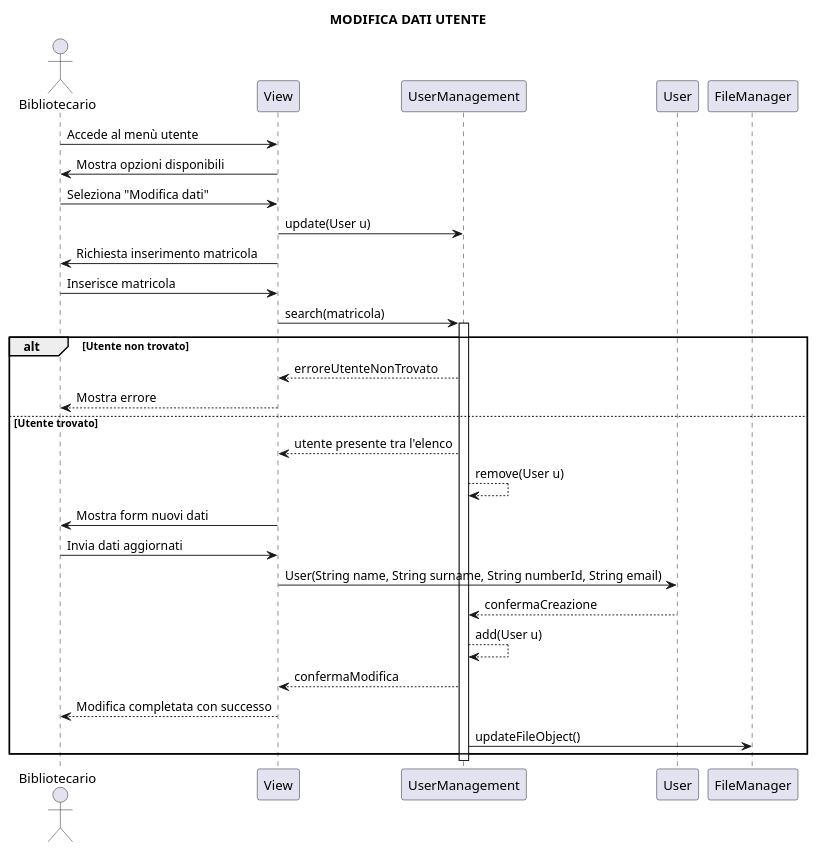
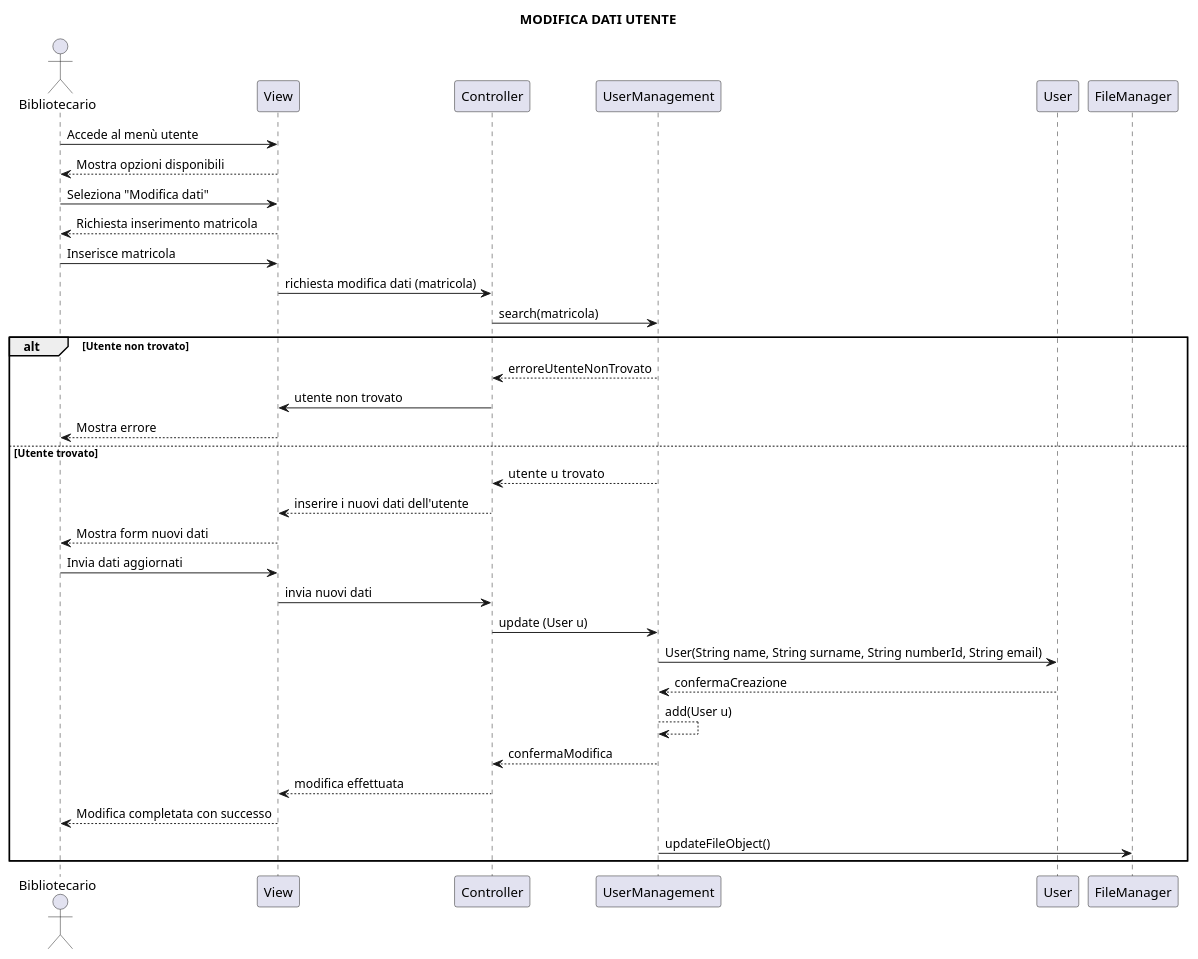
The diagram in gruppo14BibliotecaUniversitaria/uml/ModificaUtente.puml (brunooliva7/Project-Ingegneria-del-Software14), drawn with PlantUML before and after one commit. The commit also changed other lines of this file and 18 other files, not shown here.

```diff
--- a/gruppo14BibliotecaUniversitaria/uml/ModificaUtente.puml
+++ b/gruppo14BibliotecaUniversitaria/uml/ModificaUtente.puml
@@ -1,44 +1,39 @@
 @startuml
 title MODIFICA DATI UTENTE
 
 actor Bibliotecario
 participant View
+participant Controller 
 participant UserManagement
 participant User
 participant FileManager
  
 Bibliotecario -> View: Accede al menù utente
-View -> Bibliotecario: Mostra opzioni disponibili
- 
+View --> Bibliotecario: Mostra opzioni disponibili
 Bibliotecario -> View: Seleziona "Modifica dati"
-View-> UserManagement: update(User u)
- 
-View-> Bibliotecario: Richiesta inserimento matricola
+View --> Bibliotecario: Richiesta inserimento matricola
 Bibliotecario -> View: Inserisce matricola
- 
-View -> UserManagement: search(matricola)
-activate UserManagement
+View -> Controller: richiesta modifica dati (matricola)
+Controller -> UserManagement: search(matricola)
  
 alt Utente non trovato
-	UserManagement --> View: erroreUtenteNonTrovato
-	View --> Bibliotecario: Mostra errore
+    UserManagement --> Controller: erroreUtenteNonTrovato
+    Controller -> View: utente non trovato
+    View --> Bibliotecario: Mostra errore
  
 else Utente trovato
-	UserManagement --> View: utente presente tra l'elenco
-	UserManagement --> UserManagement: remove(User u)
- 
-	View -> Bibliotecario: Mostra form nuovi dati
-	Bibliotecario -> View: Invia dati aggiornati
-	
-	View -> User: User(String name, String surname, String numberId, String email)
-	User --> UserManagement: confermaCreazione
- 
-	UserManagement --> UserManagement: add(User u)
-	UserManagement --> View: confermaModifica
-	View --> Bibliotecario: Modifica completata con successo
-	UserManagement -> FileManager: updateFileObject()
-	deactivate FileManager
- 
+    UserManagement --> Controller: utente  u trovato 
+    Controller -->View : inserire i nuovi dati dell'utente
+    View --> Bibliotecario: Mostra form nuovi dati
+    Bibliotecario -> View: Invia dati aggiornati
+    View -> Controller: invia nuovi dati
+    Controller -> UserManagement: update (User u)
+    UserManagement -> User: User(String name, String surname, String numberId, String email)
+    User --> UserManagement: confermaCreazione
+    UserManagement --> UserManagement: add(User u)
+    UserManagement --> Controller: confermaModifica
+    Controller --> View: modifica effettuata
+    View --> Bibliotecario: Modifica completata con successo
+    UserManagement -> FileManager: updateFileObject()
 end
-deactivate UserManagement
 @enduml
```
